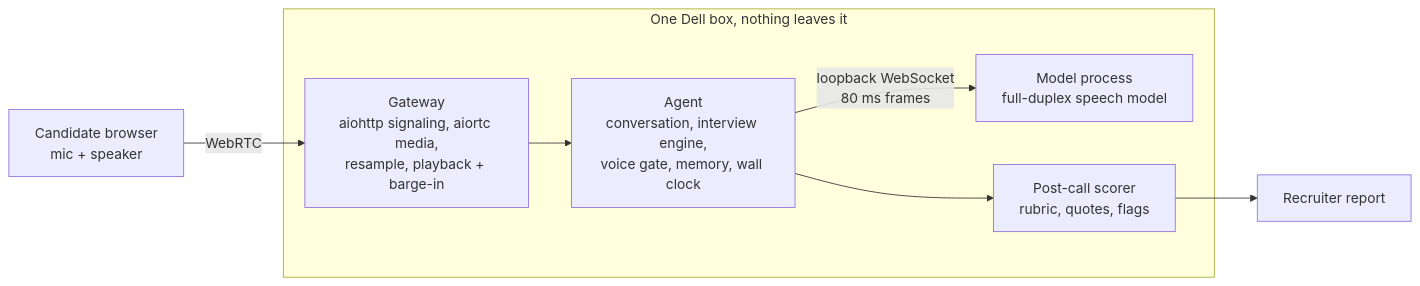
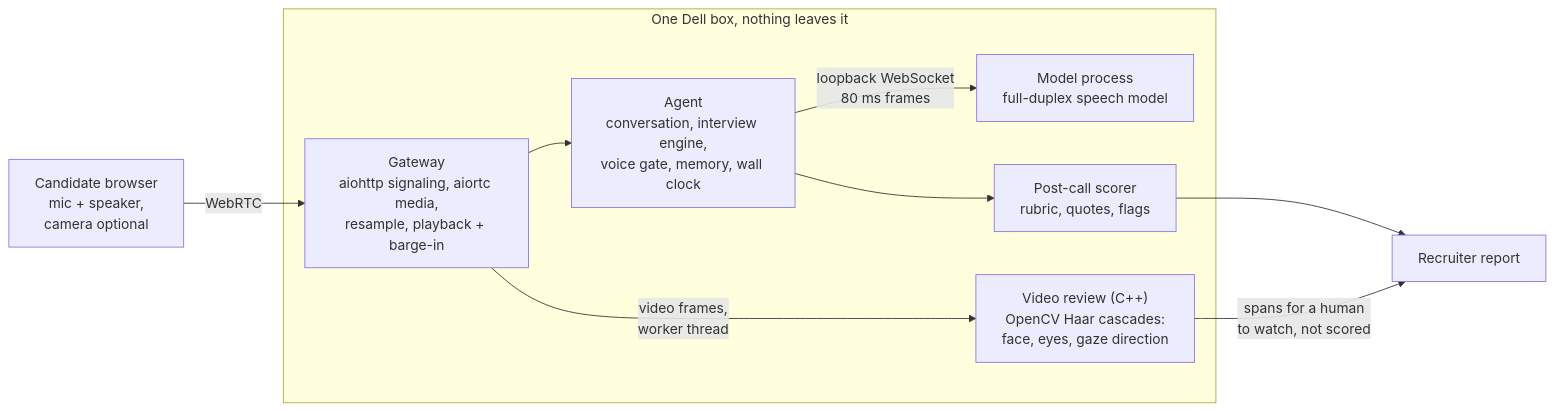
Before and after one commit to zero-abd/zeg: the diagram in README.md, drawn with Mermaid. The commit also changed other lines of this file and 43 other files, not shown here.

First line of the commit message:
Video review: C++ Haar-cascade face and gaze flags for human review (#11)

````diff
--- a/README.md
+++ b/README.md
@@ -45,10 +45,12 @@
 ```mermaid
 flowchart LR
-    C["Candidate browser<br/>mic + speaker"] -- WebRTC --> G["Gateway<br/>aiohttp signaling, aiortc media,<br/>resample, playback + barge-in"]
+    C["Candidate browser<br/>mic + speaker,<br/>camera optional"] -- WebRTC --> G["Gateway<br/>aiohttp signaling, aiortc media,<br/>resample, playback + barge-in"]
     subgraph box["One Dell box, nothing leaves it"]
         G --> A["Agent<br/>conversation, interview engine,<br/>voice gate, memory, wall clock"]
         A -- "loopback WebSocket<br/>80 ms frames" --> M["Model process<br/>full-duplex speech model"]
         A --> S["Post-call scorer<br/>rubric, quotes, flags"]
+        G -- "video frames,<br/>worker thread" --> V["Video review (C++)<br/>OpenCV Haar cascades:<br/>face, eyes, gaze direction"]
     end
     S --> R["Recruiter report"]
+    V -- "spans for a human<br/>to watch, not scored" --> R
 ```
````
